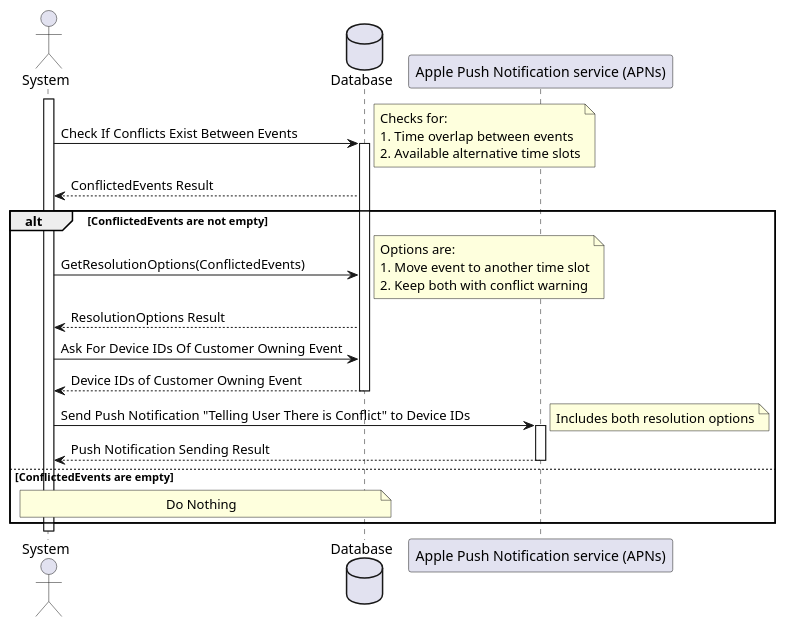
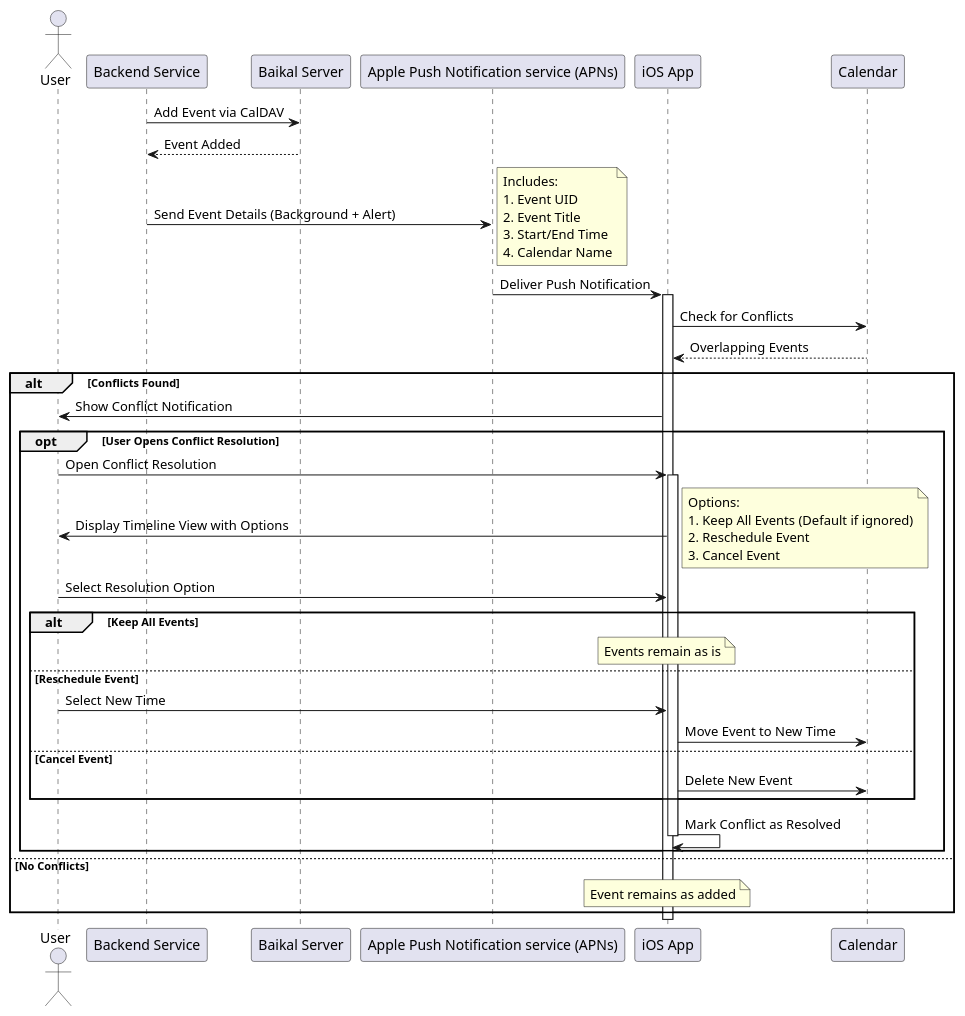
Before and after one commit to jadwalapp/symmetrical-spoon: the ninth of 14 diagrams in docs/diagrams/sequence-diagrams/all-sequence-diagrams.puml, drawn with PlantUML. The commit also changed other lines of this file and 5 other files, not shown here.

```diff
--- a/docs/diagrams/sequence-diagrams/all-sequence-diagrams.puml
+++ b/docs/diagrams/sequence-diagrams/all-sequence-diagrams.puml
@@ -312,36 +312,61 @@
 @startuml Suggest Conflict Resolutions
-actor System
-database Database
+actor User
+participant "Backend Service" as Backend
+participant "Baikal Server" as Baikal
 participant "Apple Push Notification service (APNs)" as APN
+participant "iOS App" as App
+participant "Calendar" as Calendar
 
-activate System
+Backend -> Baikal: Add Event via CalDAV
+Baikal --> Backend: Event Added
 
-System -> Database ++ : Check If Conflicts Exist Between Events
+Backend -> APN: Send Event Details (Background + Alert)
 note right
-  Checks for:
-  1. Time overlap between events
-  2. Available alternative time slots
+  Includes:
+  1. Event UID
+  2. Event Title
+  3. Start/End Time
+  4. Calendar Name
 end note
-Database --> System : ConflictedEvents Result
 
-alt ConflictedEvents are not empty
-    System -> Database : GetResolutionOptions(ConflictedEvents)
-    note right
-      Options are:
-      1. Move event to another time slot
-      2. Keep both with conflict warning
-    end note
-    Database --> System : ResolutionOptions Result
+APN -> App: Deliver Push Notification
 
-    System -> Database : Ask For Device IDs Of Customer Owning Event
-    Database --> System -- : Device IDs of Customer Owning Event
+activate App
+App -> Calendar: Check for Conflicts
+Calendar --> App: Overlapping Events
 
-    System -> APN ++ : Send Push Notification "Telling User There is Conflict" to Device IDs
-    note right: Includes both resolution options
-    APN --> System -- : Push Notification Sending Result
-
-else ConflictedEvents are empty
-    note over System, Database : Do Nothing
+alt Conflicts Found
+    App -> User: Show Conflict Notification
+    
+    opt User Opens Conflict Resolution
+        User -> App: Open Conflict Resolution
+        activate App
+        
+        App -> User: Display Timeline View with Options
+        note right
+          Options:
+          1. Keep All Events (Default if ignored)
+          2. Reschedule Event
+          3. Cancel Event
+        end note
+        
+        User -> App: Select Resolution Option
+        
+        alt Keep All Events
+            note over App: Events remain as is
+        else Reschedule Event
+            User -> App: Select New Time
+            App -> Calendar: Move Event to New Time
+        else Cancel Event
+            App -> Calendar: Delete New Event
+        end
+        
+        App -> App: Mark Conflict as Resolved
+        deactivate App
+    end
+else No Conflicts
+    note over App: Event remains as added
 end
+deactivate App
 
 @enduml
```
